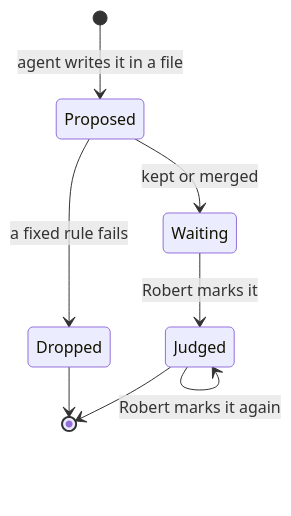
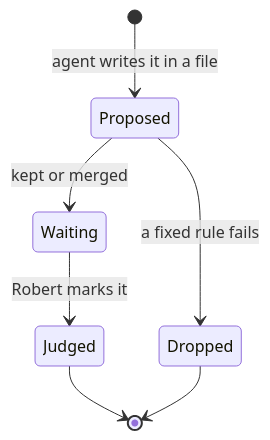
The third of 3 diagrams in docs/plans/2026-11-16-0113-feat-engine-zero-plan.md (robertguss/shared-whiteboard), drawn with Mermaid before and after one commit. The commit also changed other lines of this file, not shown here.

````diff
--- a/docs/plans/2026-11-16-0113-feat-engine-zero-plan.md
+++ b/docs/plans/2026-11-16-0113-feat-engine-zero-plan.md
@@ -353,10 +354,9 @@
 ```mermaid
 stateDiagram-v2
   [*] --> Proposed: agent writes it in a file
   Proposed --> Dropped: a fixed rule fails
   Proposed --> Waiting: kept or merged
   Waiting --> Judged: Robert marks it
-  Judged --> Judged: Robert marks it again
   Judged --> [*]
   Dropped --> [*]
 ```
````
